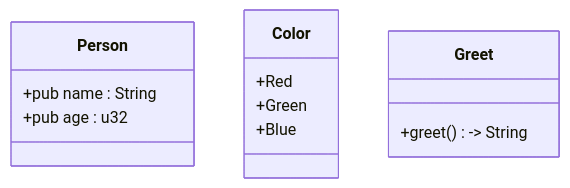
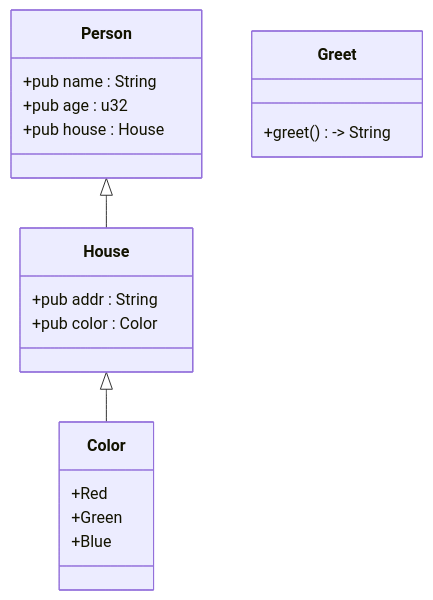
Before and after one commit to gusjengis/mermaid-class-diagrams: the diagram in diagram.mmd, drawn with Mermaid. The commit also changed 4 other files, not shown here.

```diff
--- a/diagram.mmd
+++ b/diagram.mmd
@@ -1,16 +1,26 @@
 classDiagram
 
 class Person {
   +pub name : String 
   +pub age : u32 
+  +pub house : House 
 }
+
+Person <|-- House
+
+class House {
+  +pub addr : String 
+  +pub color : Color 
+}
+
+House <|-- Color
 
 class Color {
   +Red
   +Green
   +Blue
 }
 
 class Greet {
   +greet() -> String
 }
```
